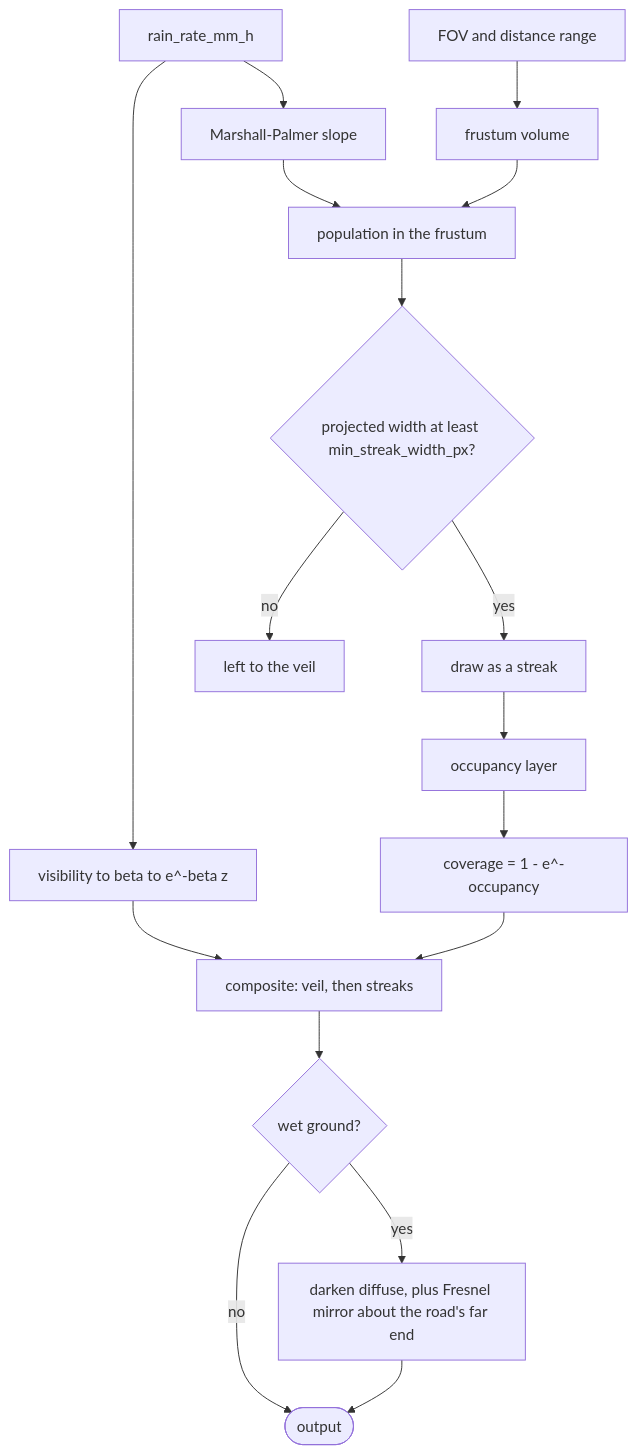
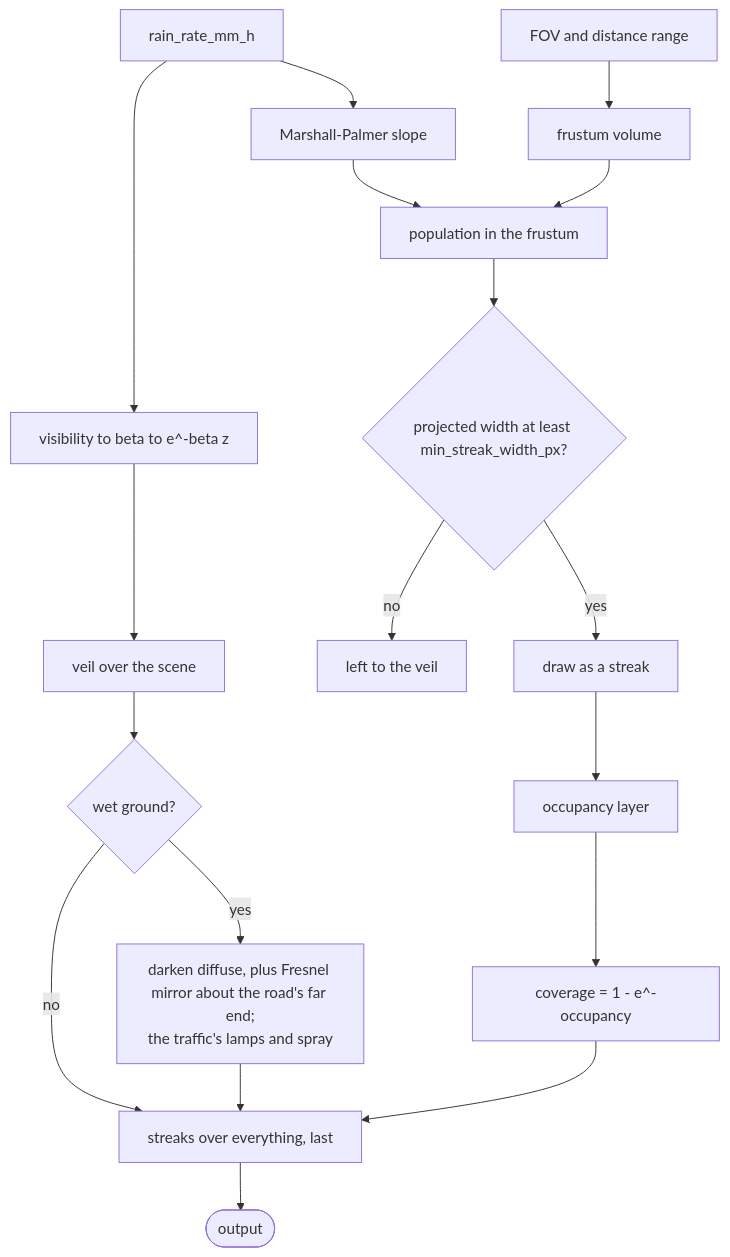
The diagram in docs/transforms/RandomRain.md (desmoteo/surmentations), drawn with Mermaid before and after one commit. The commit also changed 5 other files, not shown here.

First line of the commit message:
Draw the rain's streaks, and the snow's flakes, last

````diff
--- a/docs/transforms/RandomRain.md
+++ b/docs/transforms/RandomRain.md
@@ -15,19 +15,20 @@
 ```mermaid
 flowchart TD
     RATE["rain_rate_mm_h"] --> MP["Marshall-Palmer slope"]
     MP --> POP["population in the frustum"]
     GEO["FOV and distance range"] --> VOL["frustum volume"]
     VOL --> POP
     POP --> CUT{"projected width at least min_streak_width_px?"}
     CUT -->|yes| DRAW["draw as a streak"]
     CUT -->|no| VEILED["left to the veil"]
     DRAW --> OCC["occupancy layer"]
     OCC --> ALPHA["coverage = 1 - e^-occupancy"]
     RATE --> VIS["visibility to beta to e^-beta z"]
-    VIS --> COMP["composite: veil, then streaks"]
-    ALPHA --> COMP
-    COMP --> WET{"wet ground?"}
-    WET -->|yes| FRESNEL["darken diffuse, plus Fresnel mirror about the road's far end"]
-    WET -->|no| DONE([output])
-    FRESNEL --> DONE
+    VIS --> VEIL["veil over the scene"]
+    VEIL --> WET{"wet ground?"}
+    WET -->|yes| FRESNEL["darken diffuse, plus Fresnel mirror about the road's far end;<br/>the traffic's lamps and spray"]
+    WET -->|no| LAST
+    FRESNEL --> LAST["streaks over everything, last"]
+    ALPHA --> LAST
+    LAST --> DONE([output])
 ```
````
